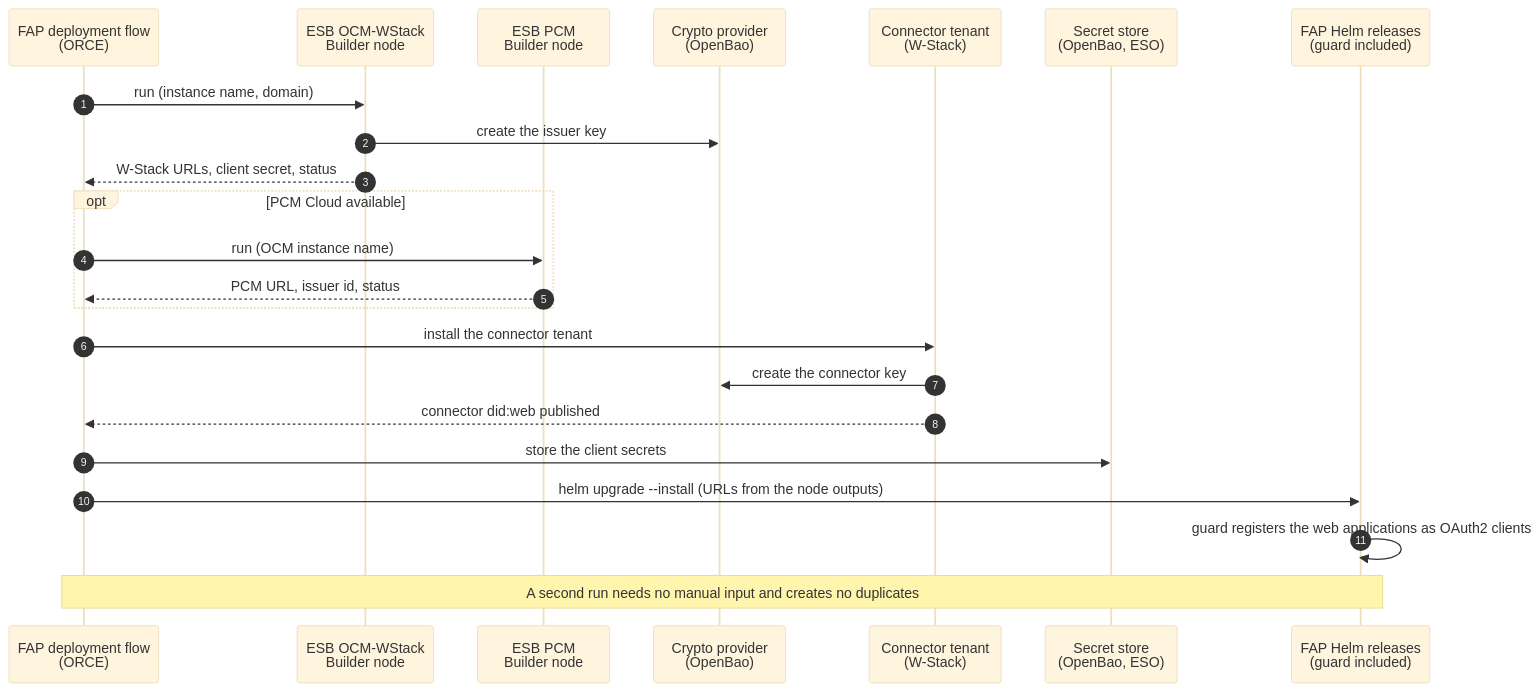
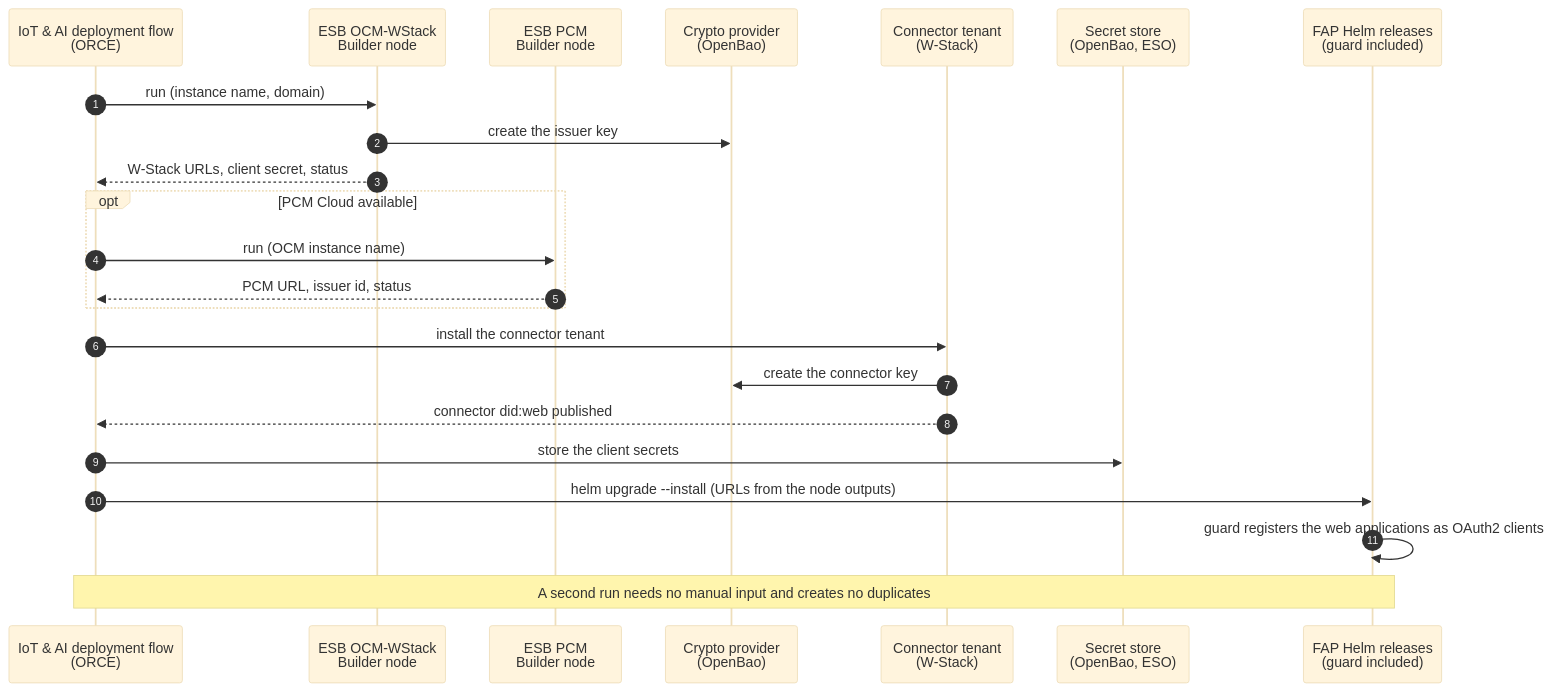
The first of 9 diagrams in docs/architecture/icam-flows.md (balessan/facis-fap-iot-ai), drawn with Mermaid (base theme) before and after one commit. The commit also changed other lines of this file and 9 other files, not shown here.

First line of the commit message:
docs: DSP identity profile, and the participant's wallet in the identity flows

````diff
--- a/docs/architecture/icam-flows.md
+++ b/docs/architecture/icam-flows.md
@@ -30,25 +33,25 @@
 ```mermaid
 sequenceDiagram
   autonumber
-  participant DEP as FAP deployment flow<br/>(ORCE)
+  participant DEP as IoT & AI deployment flow<br/>(ORCE)
   participant OCM as ESB OCM-WStack<br/>Builder node
   participant PCM as ESB PCM<br/>Builder node
   participant CRY as Crypto provider<br/>(OpenBao)
   participant TEN as Connector tenant<br/>(W-Stack)
   participant SEC as Secret store<br/>(OpenBao, ESO)
   participant FAP as FAP Helm releases<br/>(guard included)
   DEP->>OCM: run (instance name, domain)
   OCM->>CRY: create the issuer key
   OCM-->>DEP: W-Stack URLs, client secret, status
   opt PCM Cloud available
     DEP->>PCM: run (OCM instance name)
     PCM-->>DEP: PCM URL, issuer id, status
   end
   DEP->>TEN: install the connector tenant
   TEN->>CRY: create the connector key
   TEN-->>DEP: connector did:web published
   DEP->>SEC: store the client secrets
   DEP->>FAP: helm upgrade --install (URLs from the node outputs)
   FAP->>FAP: guard registers the web applications as OAuth2 clients
   Note over DEP,FAP: A second run needs no manual input and creates no duplicates
 ```
````
